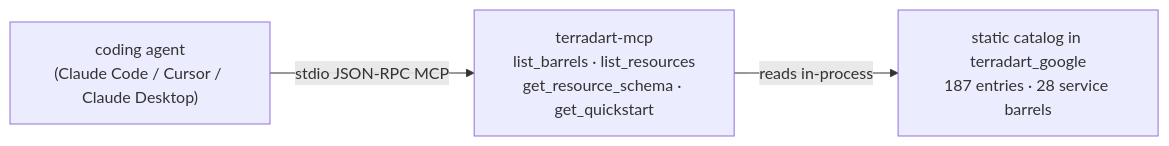
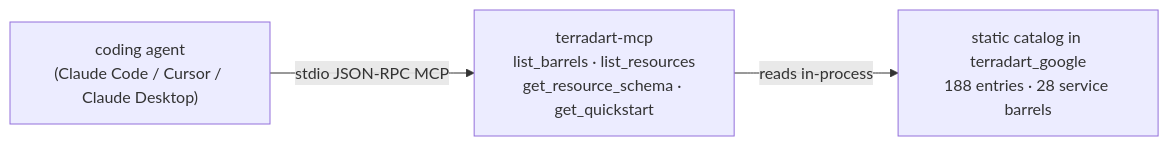
One commit to nozomi-koborinai/terradart changed the diagram in website/src/content/docs/docs/agent/index.md. Above: the diagram before and after it, drawn with Mermaid. The commit also changed other lines of this file and 53 other files, not shown here.

````diff
--- a/website/src/content/docs/docs/agent/index.md
+++ b/website/src/content/docs/docs/agent/index.md
@@ -12,8 +12,8 @@
 ```mermaid
 graph LR
   agent["coding agent<br/>(Claude Code / Cursor / Claude Desktop)"]
   mcp["terradart-mcp<br/>list_barrels · list_resources<br/>get_resource_schema · get_quickstart"]
-  catalog["static catalog in terradart_google<br/>187 entries · 28 service barrels"]
+  catalog["static catalog in terradart_google<br/>188 entries · 28 service barrels"]
   agent -->|stdio JSON-RPC MCP| mcp
   mcp -->|reads in-process| catalog
 ```
````
